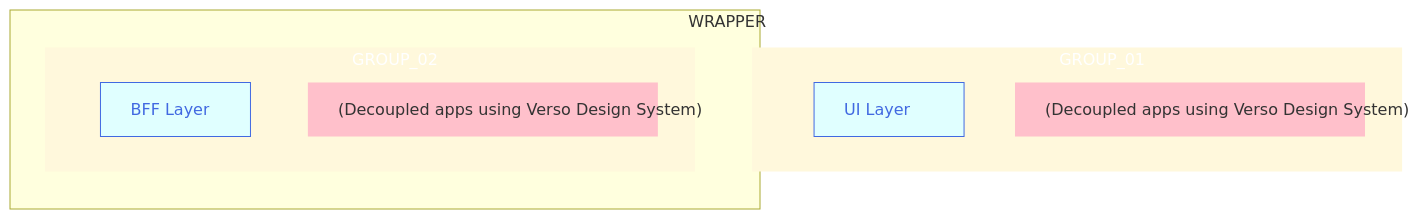
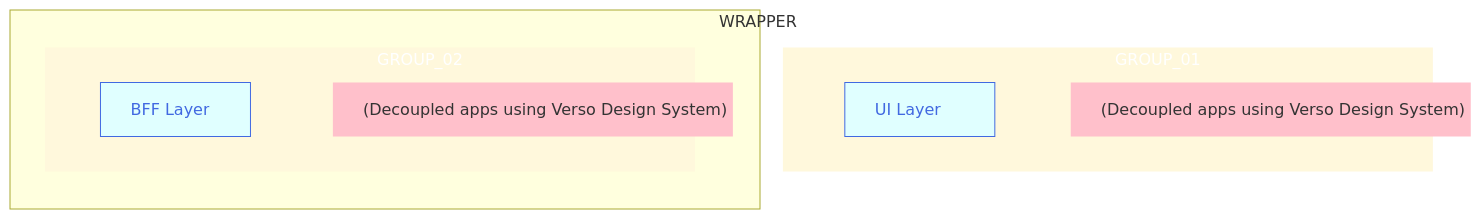
The diagram in buttons_mermaid_v5.md (joe-dorward/samples), drawn with Mermaid before and after one commit.

````diff
--- a/buttons_mermaid_v5.md
+++ b/buttons_mermaid_v5.md
@@ -3,48 +3,48 @@
 ```mermaid
   %%{
     init: {
       "flowchart": { "markdownAutoWrap":"false", "textWrap":"false", "textAlign":"left", "wrappingWidth": "100%" }
     }
   }%%
   flowchart TD
 
   classDef Button fill:lightcyan, stroke:royalblue, color:royalblue, width:150px
-  classDef Note fill:pink, stroke-width:0px, width:350px
+  classDef Note fill:pink, stroke-width:0px, width:400px
   %% ---------- ---------- ---------- ---------- ---------- ---------- ---------- ---------- ---------- ----------
 subgraph WRAPPER
   direction TD
 
   subgraph GROUP_01
     %%direction LR
 
     BUTTON_01_NOTE["(Decoupled apps using Verso Design System)"]:::Note
     BUTTON_01["UI Layer"]:::Button
     click BUTTON_01 "https://en.wikipedia.org/wiki/Main_Page" _blank
 
     BUTTON_01~~~
     BUTTON_01_NOTE
   end
   %% ---------- ---------- ---------- ---------- ---------- ---------- ---------- ---------- ---------- ----------
   subgraph GROUP_02
     %%direction LR
 
     %%BUTTON_02_NOTE["(Tailored aggregation and presentation)"]:::Note
     BUTTON_02_NOTE["(Decoupled apps using Verso Design System)"]:::Note
     BUTTON_02["BFF Layer"]:::Button
     click BUTTON_02 "https://en.wikipedia.org/wiki/Main_Page" _blank
 
     BUTTON_02~~~
     BUTTON_02_NOTE
   end
 end
   %% ---------- ---------- ---------- ---------- ---------- ---------- ---------- ---------- ---------- ----------
 
 %%GROUP_01-.-GROUP_02
 
 %%BUTTON_01-->BUTTON_02
 
   style GROUP_01 fill:cornsilk, color:white, stroke-width:0px, width:650px
   style GROUP_02 fill:cornsilk, color:white, stroke-width:0px, width:650px
 
   style WRAPPER width:750px
 ```
````
